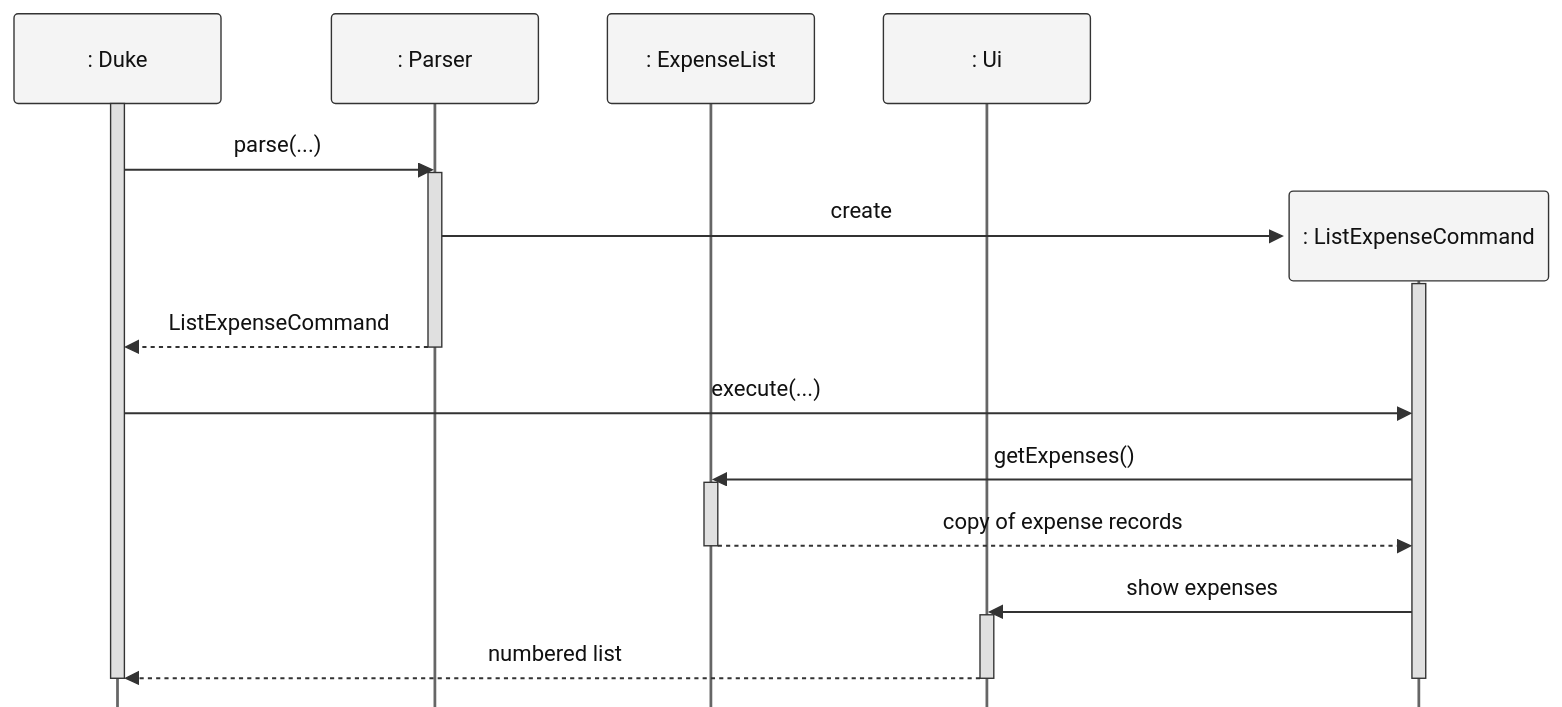
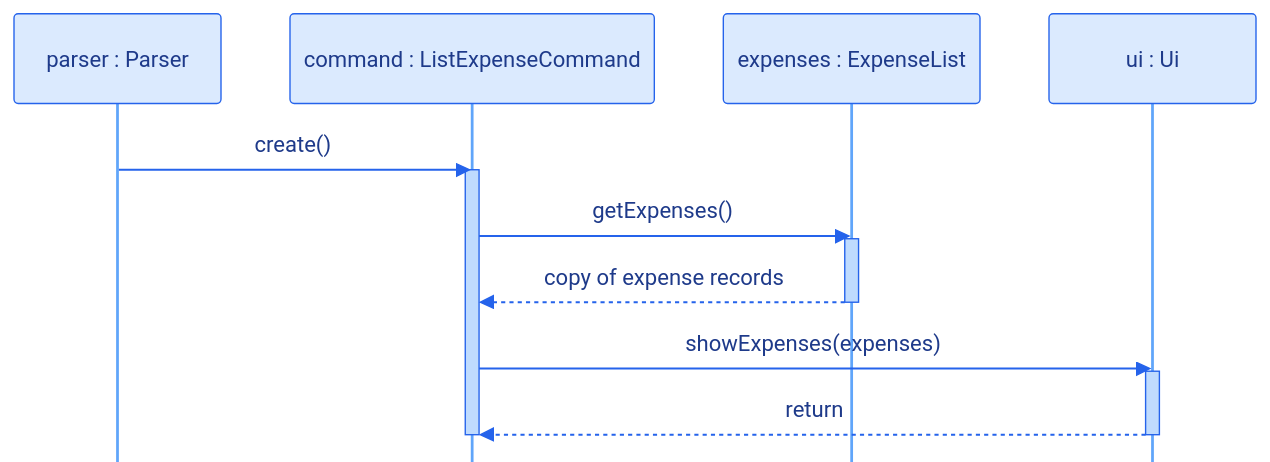
The diagram in docs/diagrams/expense-list.mmd (AY2627S1-CS2113-T11-1/tp), drawn with Mermaid before and after one commit. The commit also changed 7 other files, not shown here.

First line of the commit message:
docs: rebuild UML expense sequence diagrams

```diff
--- a/docs/diagrams/expense-list.mmd
+++ b/docs/diagrams/expense-list.mmd
@@ -1,27 +1,18 @@
-%%{init: {"sequence": {"mirrorActors": false}, "themeCSS": ".actor-line { stroke-dasharray: 4 4; }", "themeVariables": {"fontSize": "20px", "actorBkg": "#f4f4f4", "actorBorder": "#333333", "actorTextColor": "#111111", "actorLineColor": "#666666", "signalColor": "#333333", "signalTextColor": "#111111", "activationBkgColor": "#e0e0e0", "activationBorderColor": "#333333"}}}%%
+%%{init: {"sequence": {"mirrorActors": false}, "themeCSS": ".actor-line { stroke-dasharray: 4 4; }", "themeVariables": {"fontSize": "20px", "actorBkg": "#dbeafe", "actorBorder": "#2563eb", "actorTextColor": "#1e3a8a", "actorLineColor": "#60a5fa", "signalColor": "#2563eb", "signalTextColor": "#1e3a8a", "activationBkgColor": "#bfdbfe", "activationBorderColor": "#2563eb"}}}%%
 sequenceDiagram
-    participant D as : Duke
-    participant P as : Parser
-    participant L as : ExpenseList
-    participant U as : Ui
+    participant P as parser : Parser
+    participant C as command : ListExpenseCommand
+    participant L as expenses : ExpenseList
+    participant U as ui : Ui
 
-    activate D
-    D->>P: parse(...)
-    activate P
-    create participant C as : ListExpenseCommand
-    P->>C: create
+    P->>C: create()
     activate C
-    P-->>D: ListExpenseCommand
-    deactivate P
-    D->>C: execute(...)
     C->>L: getExpenses()
     activate L
     L-->>C: copy of expense records
     deactivate L
-    C->>U: show expenses
+    C->>U: showExpenses(expenses)
     activate U
-    U-->>D: numbered list
+    U-->>C: return
     deactivate U
     deactivate C
-    destroy C
-    deactivate D
```
